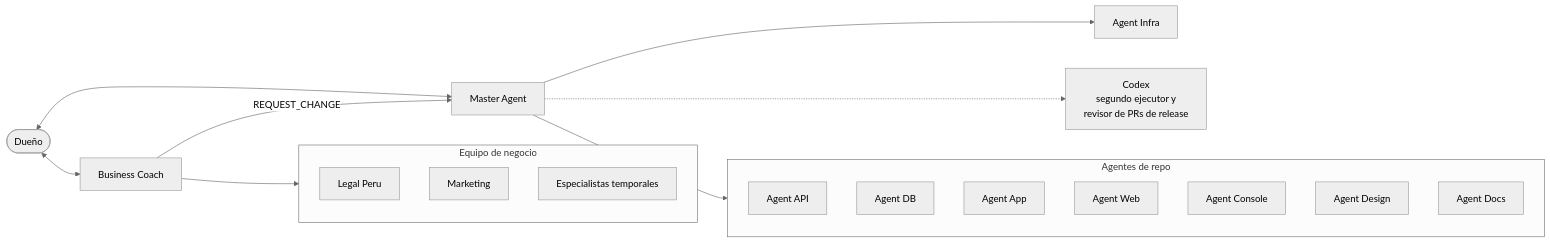
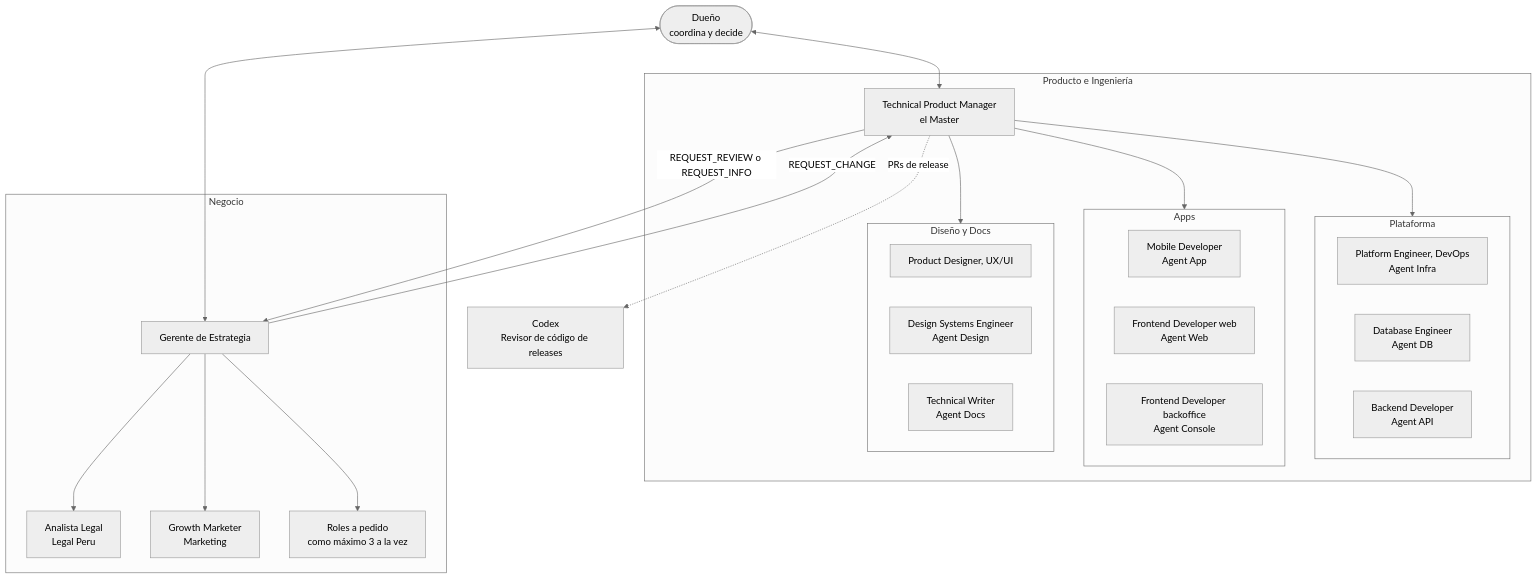
The diagram in i18n/es/docusaurus-plugin-content-docs/current/framework/overview.md (Gelpy/gelpy), drawn with Mermaid (neutral theme) before and after one commit. The commit also changed other lines of this file and 14 other files, not shown here.

First line of the commit message:
docs(framework): the startup organization with office roles and a Product Designer (#33)

````diff
--- a/i18n/es/docusaurus-plugin-content-docs/current/framework/overview.md
+++ b/i18n/es/docusaurus-plugin-content-docs/current/framework/overview.md
@@ -32,32 +34,44 @@
 ```mermaid
-flowchart LR
-  owner([Dueño])
-  master[Master Agent]
-  coach[Business Coach]
-  infra[Agent Infra]
-  codex[Codex<br/>segundo ejecutor y<br/>revisor de PRs de release]
+flowchart TB
+  owner([Dueño<br/>coordina y decide])
 
-  subgraph repos[Agentes de repo]
-    api[Agent API]
-    db[Agent DB]
-    app[Agent App]
-    web[Agent Web]
-    console[Agent Console]
-    design[Agent Design]
-    docs[Agent Docs]
+  subgraph product[Producto e Ingeniería]
+    tpm[Technical Product Manager<br/>el Master]
+    subgraph platform[Plataforma]
+      infra[Platform Engineer, DevOps<br/>Agent Infra]
+      db[Database Engineer<br/>Agent DB]
+      api[Backend Developer<br/>Agent API]
+    end
+    subgraph apps[Apps]
+      app[Mobile Developer<br/>Agent App]
+      web[Frontend Developer web<br/>Agent Web]
+      console[Frontend Developer backoffice<br/>Agent Console]
+    end
+    subgraph designdocs[Diseño y Docs]
+      ux[Product Designer, UX/UI]
+      design[Design Systems Engineer<br/>Agent Design]
+      docs[Technical Writer<br/>Agent Docs]
+    end
   end
 
-  subgraph team[Equipo de negocio]
-    legal[Legal Peru]
-    marketing[Marketing]
-    temp[Especialistas temporales]
+  subgraph business[Negocio]
+    sm[Gerente de Estrategia]
+    legal[Analista Legal<br/>Legal Peru]
+    marketing[Growth Marketer<br/>Marketing]
+    temp[Roles a pedido<br/>como máximo 3 a la vez]
   end
 
-  owner <--> master
-  owner <--> coach
-  master --> infra
-  master --> repos
-  master -.-> codex
-  coach --> team
-  coach -->|REQUEST_CHANGE| master
+  codex[Codex<br/>Revisor de código de releases]
+
+  owner <--> tpm
+  owner <--> sm
+  tpm --> platform
+  tpm --> apps
+  tpm --> designdocs
+  tpm -.->|PRs de release| codex
+  sm --> legal
+  sm --> marketing
+  sm --> temp
+  sm -->|REQUEST_CHANGE| tpm
+  tpm -->|REQUEST_REVIEW o REQUEST_INFO| sm
 ```
````
